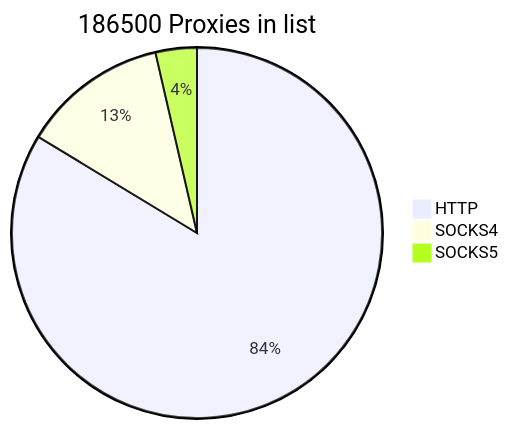
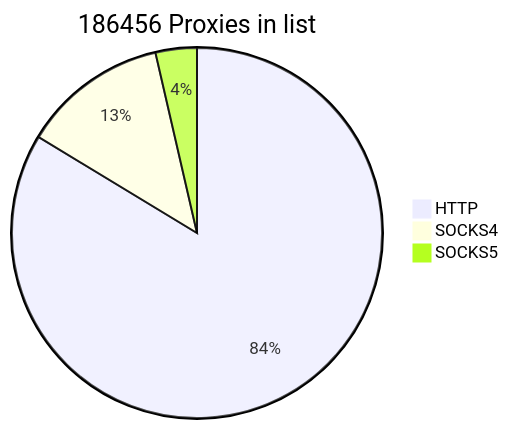
The first of 2 diagrams in README.md (cutipu/proxylist), drawn with Mermaid before and after one commit. The commit also changed other lines of this file, not shown here.

````diff
--- a/README.md
+++ b/README.md
@@ -2,7 +2,7 @@
 ```mermaid
-pie title 186500 Proxies in list
-    "HTTP" : 156054
+pie title 186456 Proxies in list
+    "HTTP" : 156010
     "SOCKS4" : 23724
     "SOCKS5" : 6722
             
 ```
````
